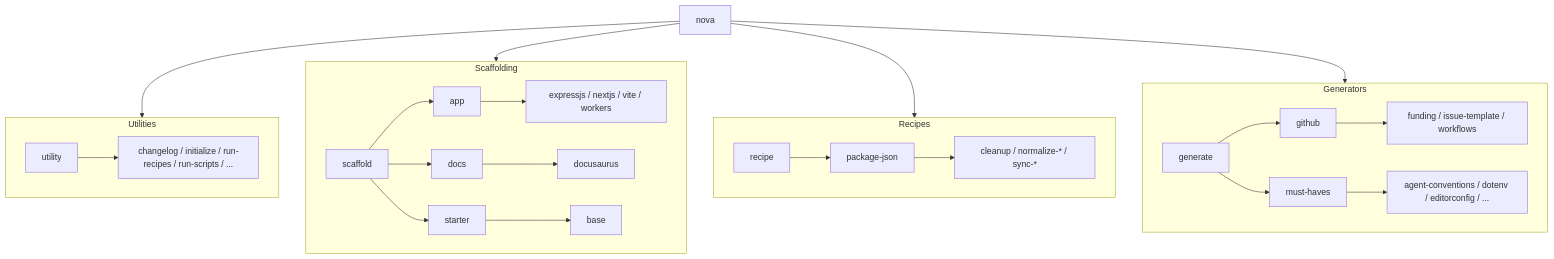
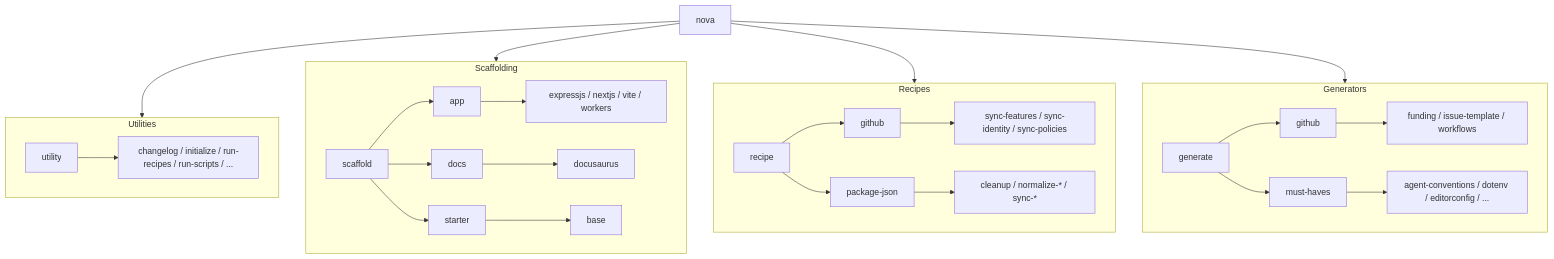
Before and after one commit to cbnventures/nova: the diagram in apps/docs/docs/cli/index.mdx, drawn with Mermaid. The commit also changed other lines of this file and 970 other files, not shown here.

````diff
--- a/apps/docs/docs/cli/index.mdx
+++ b/apps/docs/docs/cli/index.mdx
@@ -65,30 +65,31 @@
 ```mermaid
 flowchart TD
     CLI[nova] --> GEN[generate]
     CLI --> RCP[recipe]
     CLI --> SCAF[scaffold]
     CLI --> UTIL[utility]
 
     subgraph Generators
         direction LR
         GEN --> GH[github] --> GH1[funding / issue-template / workflows]
         GEN --> MUST[must-haves] --> MUST1[agent-conventions / dotenv / editorconfig / ...]
     end
 
     subgraph Recipes
         direction LR
+        RCP --> GHR[github] --> GHR1[sync-features / sync-identity / sync-policies]
         RCP --> PKG[package-json] --> PKG1[cleanup / normalize-* / sync-*]
     end
 
     subgraph Scaffolding
         direction LR
         SCAF --> APP[app] --> APP1[expressjs / nextjs / vite / workers]
         SCAF --> DOCS[docs] --> DOCS1[docusaurus]
         SCAF --> START[starter] --> START1[base]
     end
 
     subgraph Utilities
         direction LR
         UTIL --> UTIL1[changelog / initialize / run-recipes / run-scripts / ...]
     end
 ```
````
